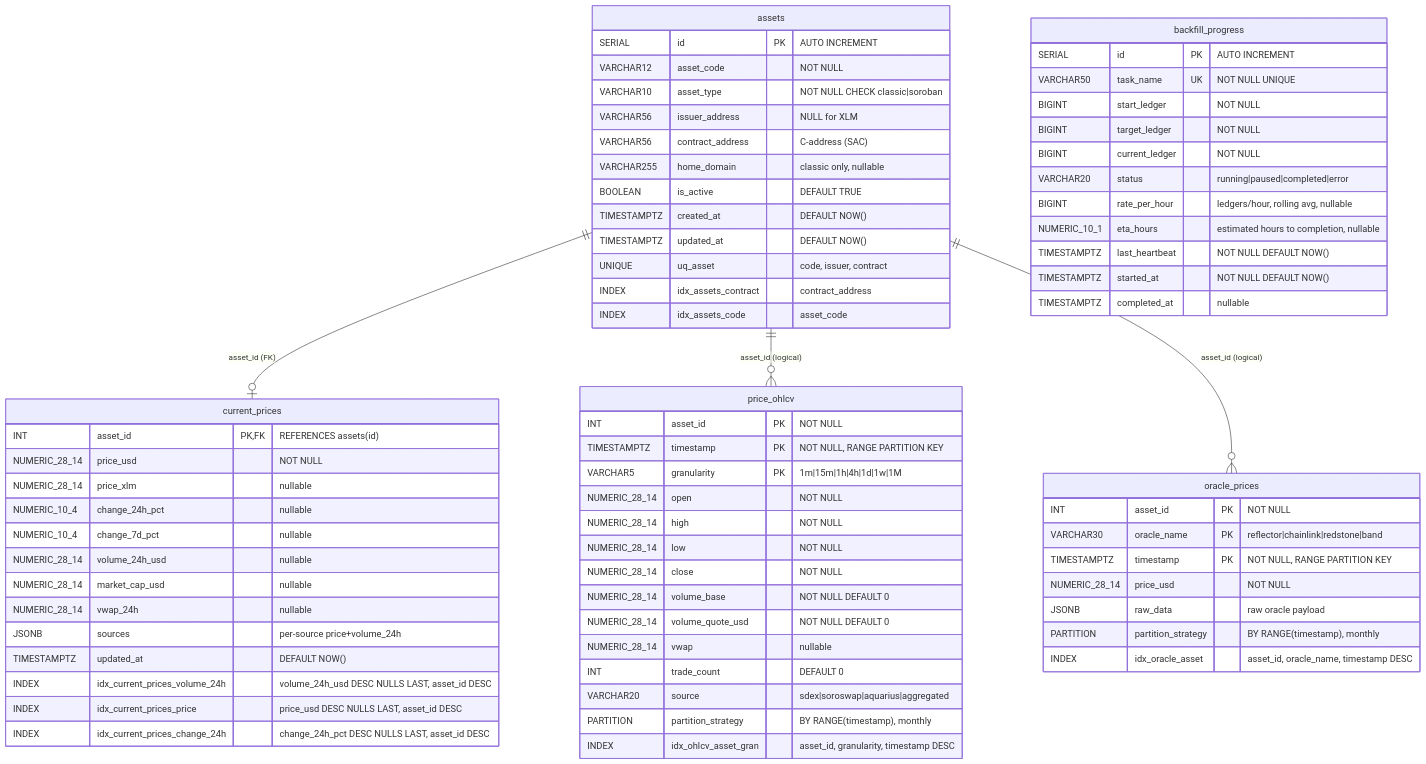
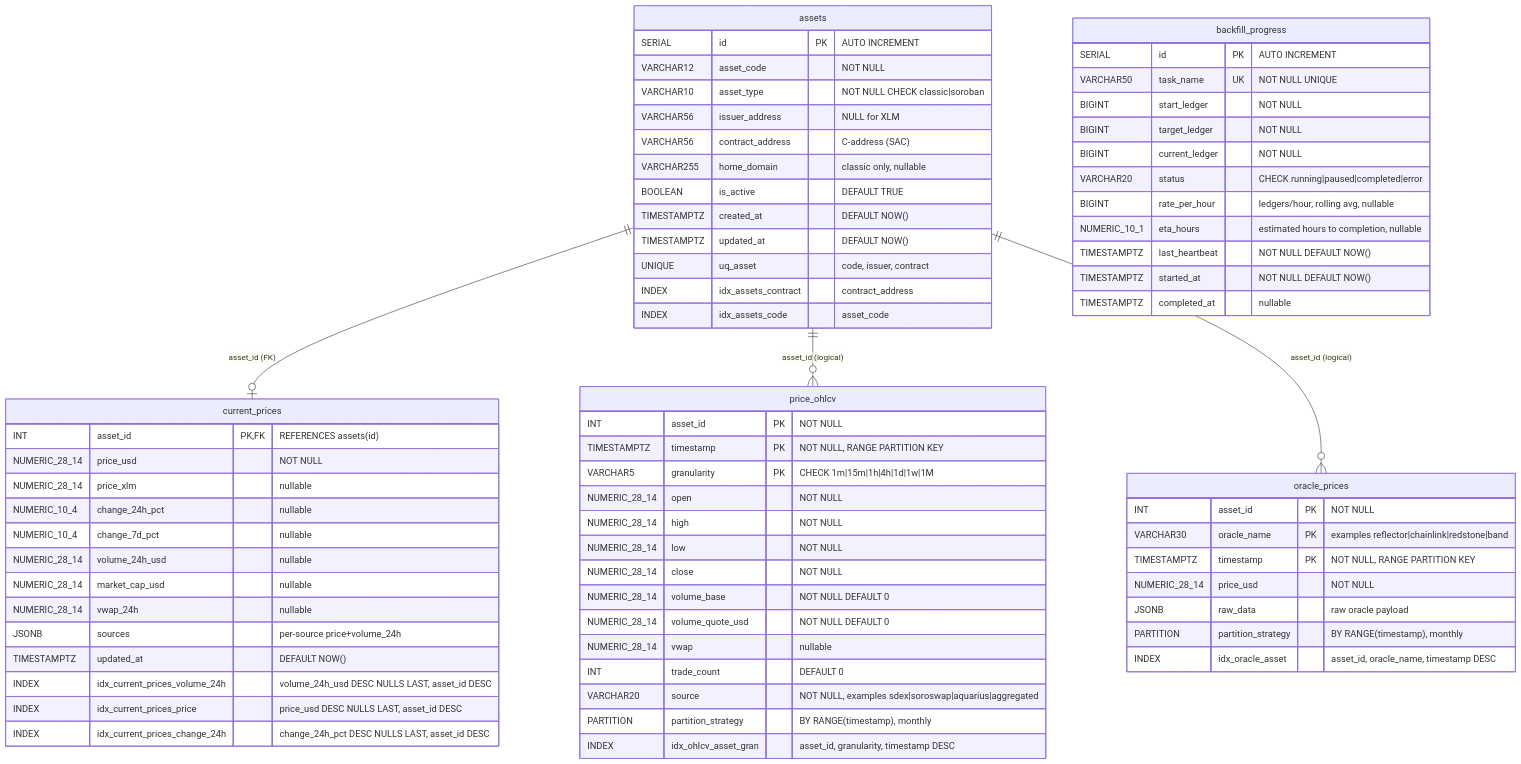
One commit to rumblefishdev/stellar-prices-api changed diagram 13 of 13 in docs/database-schema/database-schema-overview.md. Above: the diagram before and after it, drawn with Mermaid. The commit also changed other lines of this file and 1 other file, not shown here.

Commit message:
chore: add schemas missing check and not null

````diff
--- a/docs/database-schema/database-schema-overview.md
+++ b/docs/database-schema/database-schema-overview.md
@@ -1320,78 +1321,78 @@
 ```mermaid
 erDiagram
     assets ||--o| current_prices : "asset_id (FK)"
     assets ||--o{ price_ohlcv    : "asset_id (logical)"
     assets ||--o{ oracle_prices  : "asset_id (logical)"
 
     assets {
         SERIAL      id PK "AUTO INCREMENT"
         VARCHAR12   asset_code "NOT NULL"
         VARCHAR10   asset_type "NOT NULL CHECK classic|soroban"
         VARCHAR56   issuer_address "NULL for XLM"
         VARCHAR56   contract_address "C-address (SAC)"
         VARCHAR255  home_domain "classic only, nullable"
         BOOLEAN     is_active "DEFAULT TRUE"
         TIMESTAMPTZ created_at "DEFAULT NOW()"
         TIMESTAMPTZ updated_at "DEFAULT NOW()"
         UNIQUE      uq_asset "code, issuer, contract"
         INDEX       idx_assets_contract "contract_address"
         INDEX       idx_assets_code "asset_code"
     }
 
     price_ohlcv {
         INT           asset_id PK "NOT NULL"
         TIMESTAMPTZ   timestamp PK "NOT NULL, RANGE PARTITION KEY"
-        VARCHAR5      granularity PK "1m|15m|1h|4h|1d|1w|1M"
+        VARCHAR5      granularity PK "CHECK 1m|15m|1h|4h|1d|1w|1M"
         NUMERIC_28_14 open "NOT NULL"
         NUMERIC_28_14 high "NOT NULL"
         NUMERIC_28_14 low "NOT NULL"
         NUMERIC_28_14 close "NOT NULL"
         NUMERIC_28_14 volume_base "NOT NULL DEFAULT 0"
         NUMERIC_28_14 volume_quote_usd "NOT NULL DEFAULT 0"
         NUMERIC_28_14 vwap "nullable"
         INT           trade_count "DEFAULT 0"
-        VARCHAR20     source "sdex|soroswap|aquarius|aggregated"
+        VARCHAR20     source "NOT NULL, examples sdex|soroswap|aquarius|aggregated"
         PARTITION     partition_strategy "BY RANGE(timestamp), monthly"
         INDEX         idx_ohlcv_asset_gran "asset_id, granularity, timestamp DESC"
     }
 
     current_prices {
         INT           asset_id PK,FK "REFERENCES assets(id)"
         NUMERIC_28_14 price_usd "NOT NULL"
         NUMERIC_28_14 price_xlm "nullable"
         NUMERIC_10_4  change_24h_pct "nullable"
         NUMERIC_10_4  change_7d_pct "nullable"
         NUMERIC_28_14 volume_24h_usd "nullable"
         NUMERIC_28_14 market_cap_usd "nullable"
         NUMERIC_28_14 vwap_24h "nullable"
         JSONB         sources "per-source price+volume_24h"
         TIMESTAMPTZ   updated_at "DEFAULT NOW()"
         INDEX         idx_current_prices_volume_24h "volume_24h_usd DESC NULLS LAST, asset_id DESC"
         INDEX         idx_current_prices_price "price_usd DESC NULLS LAST, asset_id DESC"
         INDEX         idx_current_prices_change_24h "change_24h_pct DESC NULLS LAST, asset_id DESC"
     }
 
     oracle_prices {
         INT           asset_id PK "NOT NULL"
-        VARCHAR30     oracle_name PK "reflector|chainlink|redstone|band"
+        VARCHAR30     oracle_name PK "examples reflector|chainlink|redstone|band"
         TIMESTAMPTZ   timestamp PK "NOT NULL, RANGE PARTITION KEY"
         NUMERIC_28_14 price_usd "NOT NULL"
         JSONB         raw_data "raw oracle payload"
         PARTITION     partition_strategy "BY RANGE(timestamp), monthly"
         INDEX         idx_oracle_asset "asset_id, oracle_name, timestamp DESC"
     }
 
     backfill_progress {
         SERIAL       id PK "AUTO INCREMENT"
         VARCHAR50    task_name UK "NOT NULL UNIQUE"
         BIGINT       start_ledger "NOT NULL"
         BIGINT       target_ledger "NOT NULL"
         BIGINT       current_ledger "NOT NULL"
-        VARCHAR20    status "running|paused|completed|error"
+        VARCHAR20    status "CHECK running|paused|completed|error"
         BIGINT       rate_per_hour "ledgers/hour, rolling avg, nullable"
         NUMERIC_10_1 eta_hours "estimated hours to completion, nullable"
         TIMESTAMPTZ  last_heartbeat "NOT NULL DEFAULT NOW()"
         TIMESTAMPTZ  started_at "NOT NULL DEFAULT NOW()"
         TIMESTAMPTZ  completed_at "nullable"
     }
 ```
````
